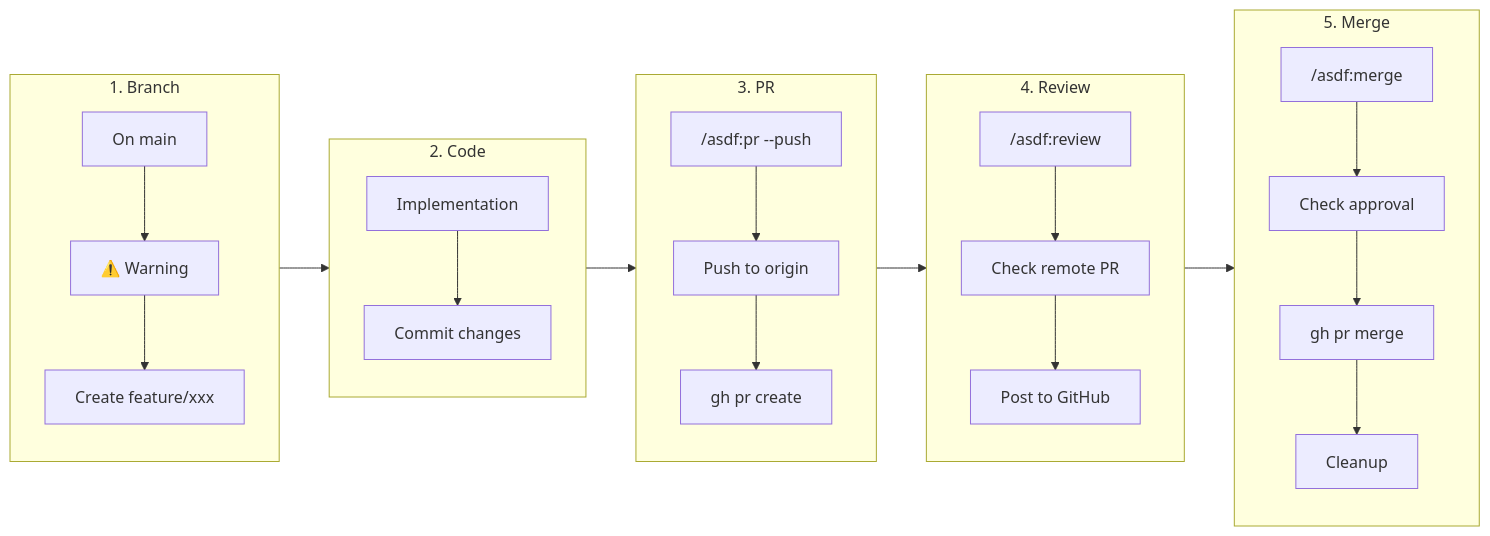
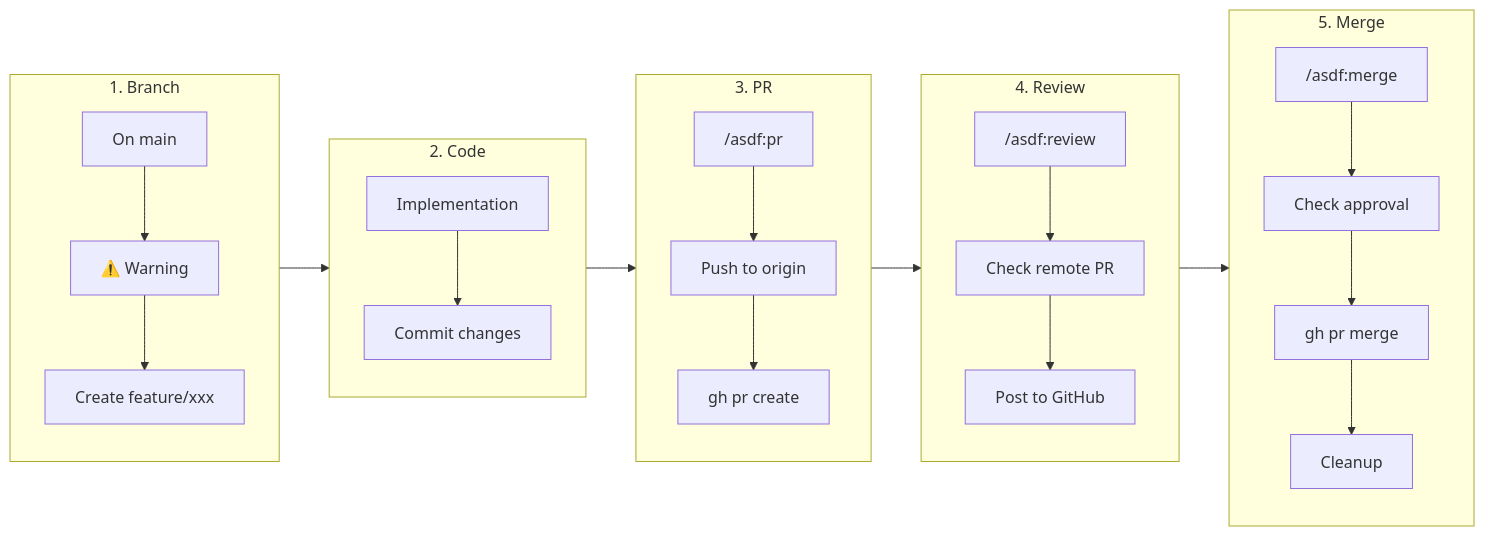
One commit to hoangtrung1801/claudekit-engineer changed the first of 2 diagrams in astraler-sdlc/asdf-framework/case-studies/06-git-workflow.md. Above: the diagram before and after it, drawn with Mermaid. The commit also changed other lines of this file and 13 other files, not shown here.

````diff
--- a/astraler-sdlc/asdf-framework/case-studies/06-git-workflow.md
+++ b/astraler-sdlc/asdf-framework/case-studies/06-git-workflow.md
@@ -11,29 +11,29 @@
 ```mermaid
 flowchart LR
     subgraph Branch["1. Branch"]
         A["On main"] --> B["⚠️ Warning"]
         B --> C["Create feature/xxx"]
     end
 
     subgraph Code["2. Code"]
         D["Implementation"] --> E["Commit changes"]
     end
 
     subgraph PR["3. PR"]
-        F["/asdf:pr --push"] --> G["Push to origin"]
+        F["/asdf:pr"] --> G["Push to origin"]
         G --> H["gh pr create"]
     end
 
     subgraph Review["4. Review"]
         I["/asdf:review"] --> J["Check remote PR"]
         J --> K["Post to GitHub"]
     end
 
     subgraph Merge["5. Merge"]
         L["/asdf:merge"] --> M["Check approval"]
         M --> N["gh pr merge"]
         N --> O["Cleanup"]
     end
 
     Branch --> Code --> PR --> Review --> Merge
 ```
````
